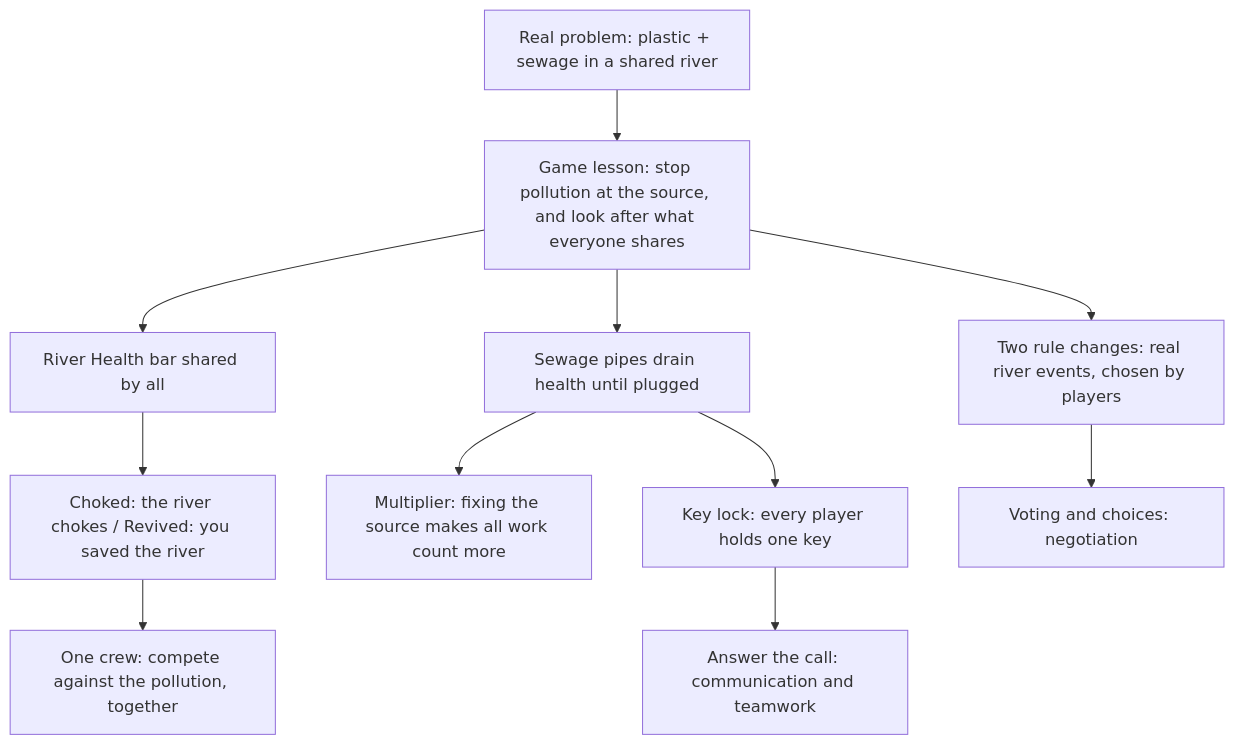
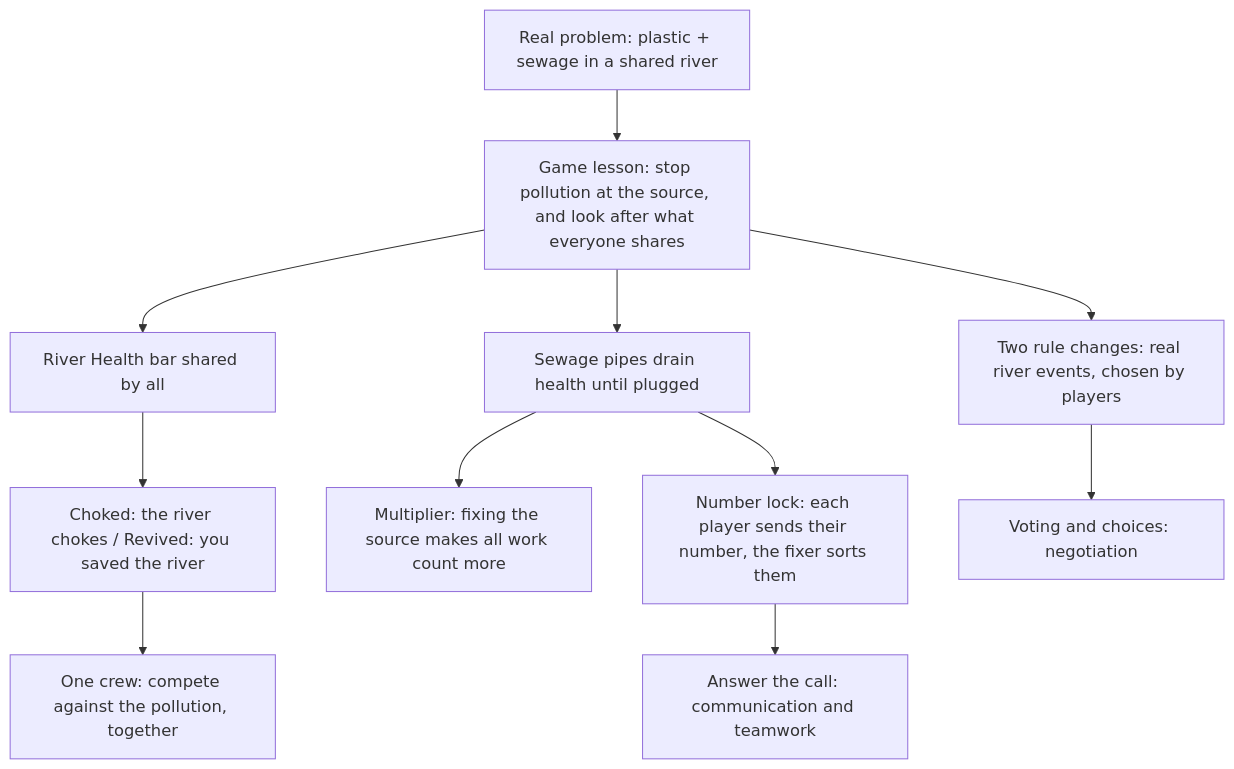
One commit to Jaycubic/Game-design changed the second of 2 diagrams in docs/GAME_EXPLAINED.md. Above: the diagram before and after it, drawn with Mermaid. The commit also changed other lines of this file and 21 other files, not shown here.

First line of the commit message:
Number locks: big blinking numbers, send to fixer, enter smallest first

````diff
--- a/docs/GAME_EXPLAINED.md
+++ b/docs/GAME_EXPLAINED.md
@@ -483,13 +483,13 @@
 ```mermaid
 flowchart TD
     P[Real problem: plastic + sewage in a shared river] --> L[Game lesson: stop pollution at the source, and look after what everyone shares]
     L --> RH[River Health bar shared by all]
     L --> PI[Sewage pipes drain health until plugged]
-    PI --> GC[Key lock: every player holds one key]
+    PI --> GC[Number lock: each player sends their number, the fixer sorts them]
     GC --> SG[Answer the call: communication and teamwork]
     PI --> MU[Multiplier: fixing the source makes all work count more]
     RH --> CH[Choked: the river chokes / Revived: you saved the river]
     L --> RC[Two rule changes: real river events, chosen by players]
     RC --> NE[Voting and choices: negotiation]
     CH --> CO[One crew: compete against the pollution, together]
 ```
````
